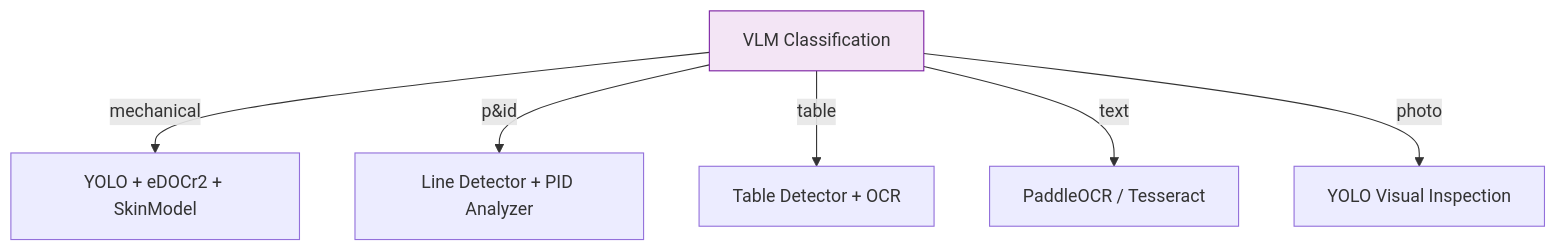
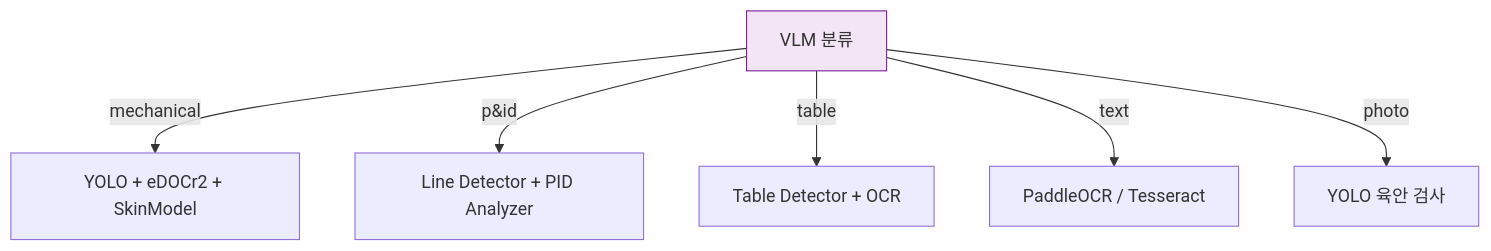
The second of 2 diagrams in docs-site/docs/analysis-pipeline/vlm-classification.md (uprootai/AX_OCR), drawn with Mermaid before and after one commit. The commit also changed other lines of this file and 64 other files, not shown here.

````diff
--- a/docs-site/docs/analysis-pipeline/vlm-classification.md
+++ b/docs-site/docs/analysis-pipeline/vlm-classification.md
@@ -84,11 +84,11 @@
 ```mermaid
 flowchart TD
-    VLM["VLM Classification"]
+    VLM["VLM 분류"]
     VLM -->|mechanical| MECH["YOLO + eDOCr2 + SkinModel"]
     VLM -->|p&id| PID["Line Detector + PID Analyzer"]
     VLM -->|table| TBL["Table Detector + OCR"]
     VLM -->|text| TXT["PaddleOCR / Tesseract"]
-    VLM -->|photo| PHT["YOLO Visual Inspection"]
+    VLM -->|photo| PHT["YOLO 육안 검사"]
 
     style VLM fill:#f3e5f5,stroke:#7b1fa2
 ```
````
